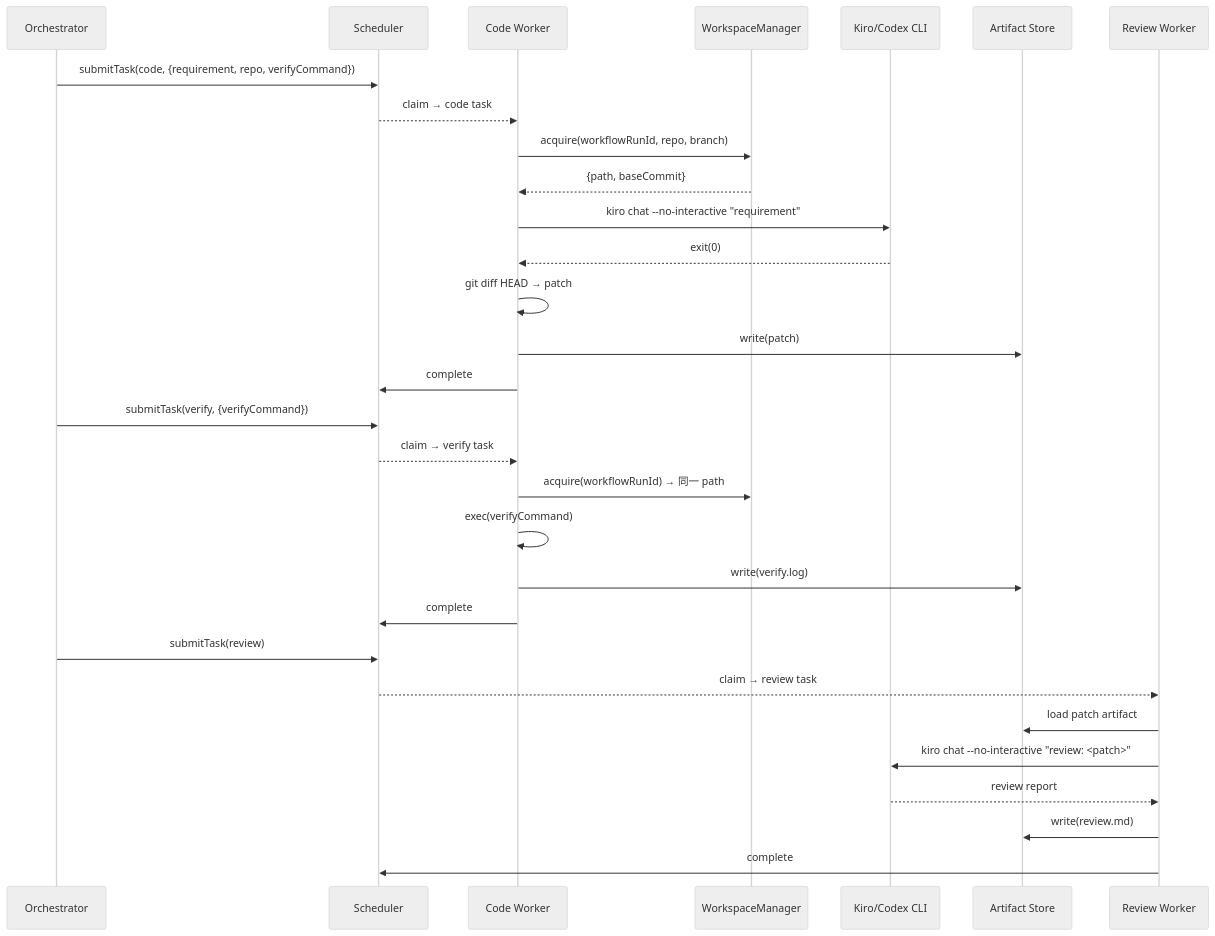
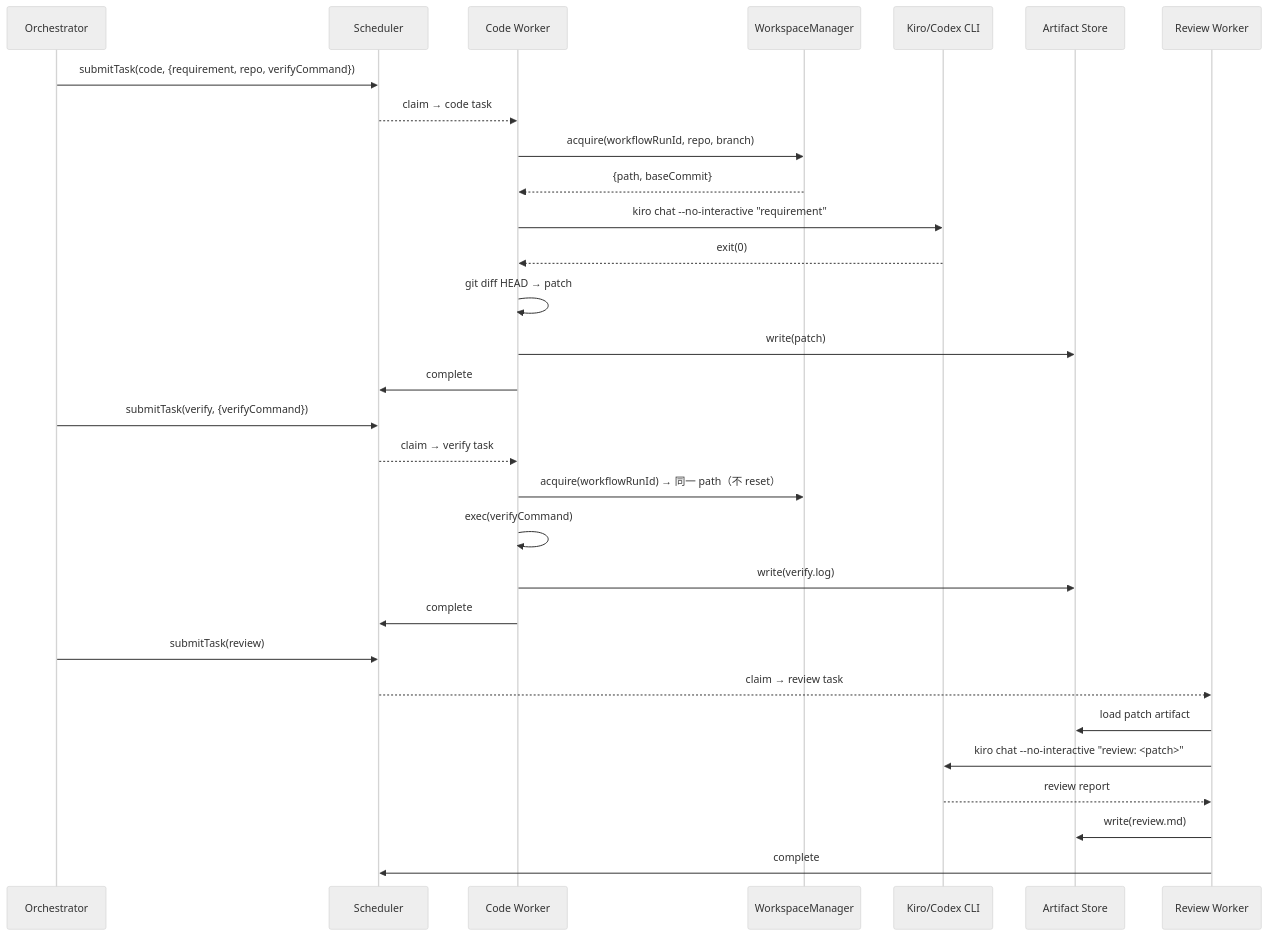
One commit to YoungerYang-Y/ai-sdlc-platform changed the first of 2 diagrams in docs/active/phase2-real-worker/design.md. Above: the diagram before and after it, drawn with Mermaid (neutral theme). The commit also changed other lines of this file, not shown here.

````diff
--- a/docs/active/phase2-real-worker/design.md
+++ b/docs/active/phase2-real-worker/design.md
@@ -75,36 +92,36 @@
 ```mermaid
 sequenceDiagram
   participant O as Orchestrator
   participant S as Scheduler
   participant CW as Code Worker
   participant WM as WorkspaceManager
   participant CLI as Kiro/Codex CLI
   participant A as Artifact Store
   participant RW as Review Worker
 
   O->>S: submitTask(code, {requirement, repo, verifyCommand})
   S-->>CW: claim → code task
 
   CW->>WM: acquire(workflowRunId, repo, branch)
   WM-->>CW: {path, baseCommit}
   CW->>CLI: kiro chat --no-interactive "requirement"
   CLI-->>CW: exit(0)
   CW->>CW: git diff HEAD → patch
   CW->>A: write(patch)
   CW->>S: complete
 
   O->>S: submitTask(verify, {verifyCommand})
   S-->>CW: claim → verify task
-  CW->>WM: acquire(workflowRunId) → 同一 path
+  CW->>WM: acquire(workflowRunId) → 同一 path（不 reset）
   CW->>CW: exec(verifyCommand)
   CW->>A: write(verify.log)
   CW->>S: complete
 
   O->>S: submitTask(review)
   S-->>RW: claim → review task
   RW->>A: load patch artifact
   RW->>CLI: kiro chat --no-interactive "review: <patch>"
   CLI-->>RW: review report
   RW->>A: write(review.md)
   RW->>S: complete
 ```
````
